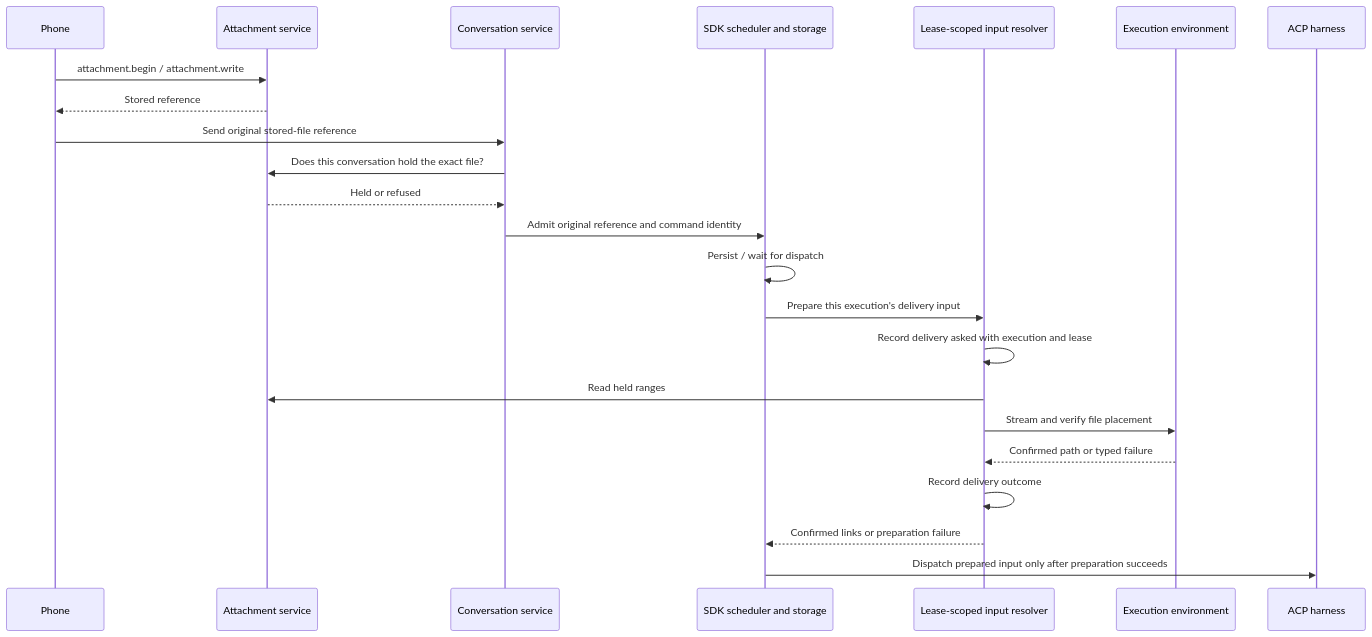
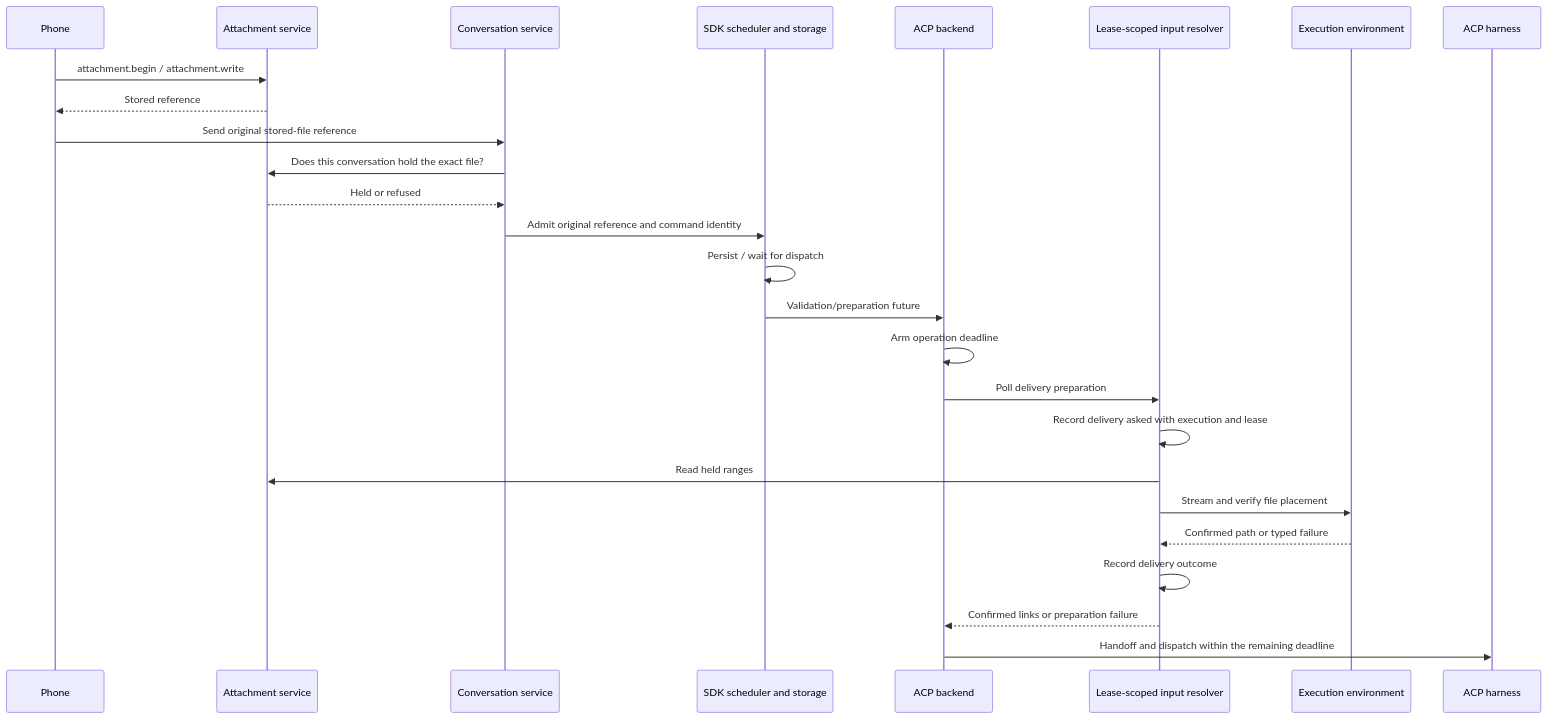
Before and after one commit to nessalabs/nessa-agent: the diagram in docs/design/phone-file-uploads.md, drawn with Mermaid. The commit also changed other lines of this file and 3 other files, not shown here.

````diff
--- a/docs/design/phone-file-uploads.md
+++ b/docs/design/phone-file-uploads.md
@@ -78,25 +79,28 @@
 ```mermaid
 sequenceDiagram
   participant P as Phone
   participant A as Attachment service
   participant C as Conversation service
   participant S as SDK scheduler and storage
+  participant B as ACP backend
   participant R as Lease-scoped input resolver
   participant E as Execution environment
   participant H as ACP harness
   P->>A: attachment.begin / attachment.write
   A-->>P: Stored reference
   P->>C: Send original stored-file reference
   C->>A: Does this conversation hold the exact file?
   A-->>C: Held or refused
   C->>S: Admit original reference and command identity
   S->>S: Persist / wait for dispatch
-  S->>R: Prepare this execution's delivery input
+  S->>B: Validation/preparation future
+  B->>B: Arm operation deadline
+  B->>R: Poll delivery preparation
   R->>R: Record delivery asked with execution and lease
   R->>A: Read held ranges
   R->>E: Stream and verify file placement
   E-->>R: Confirmed path or typed failure
   R->>R: Record delivery outcome
-  R-->>S: Confirmed links or preparation failure
-  S->>H: Dispatch prepared input only after preparation succeeds
+  R-->>B: Confirmed links or preparation failure
+  B->>H: Handoff and dispatch within the remaining deadline
 ```
````
